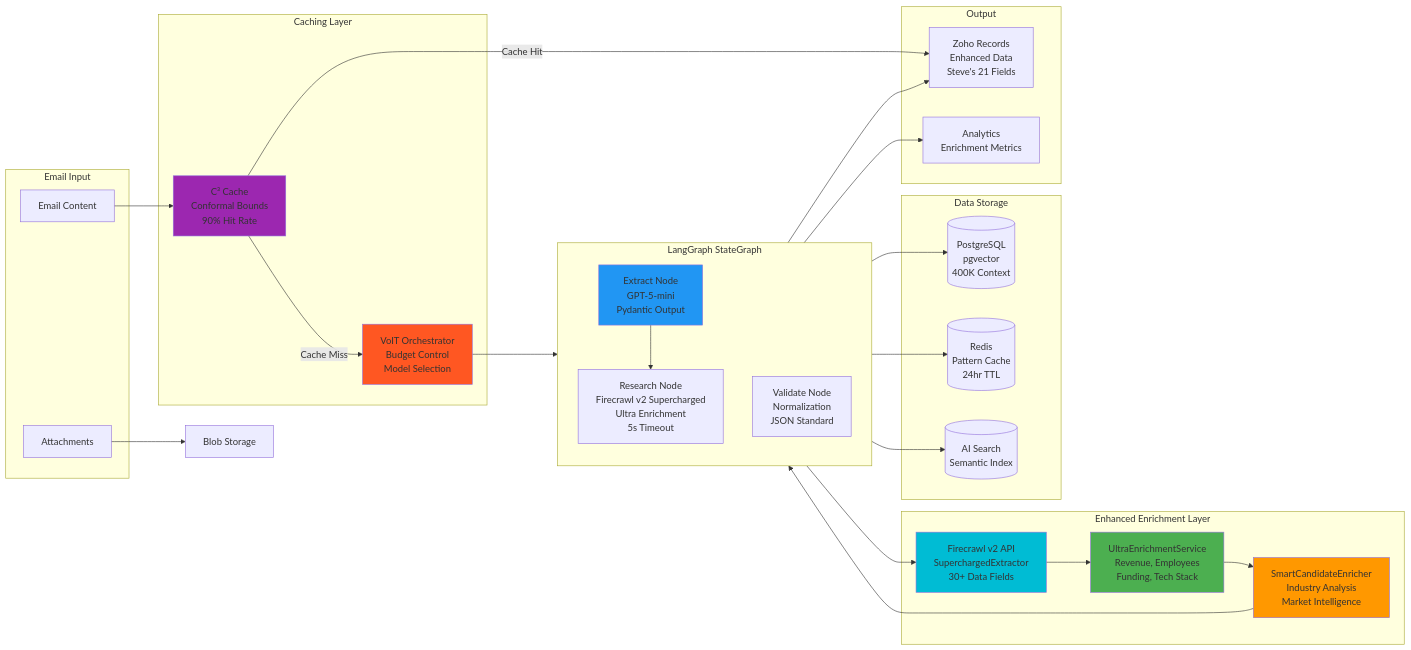
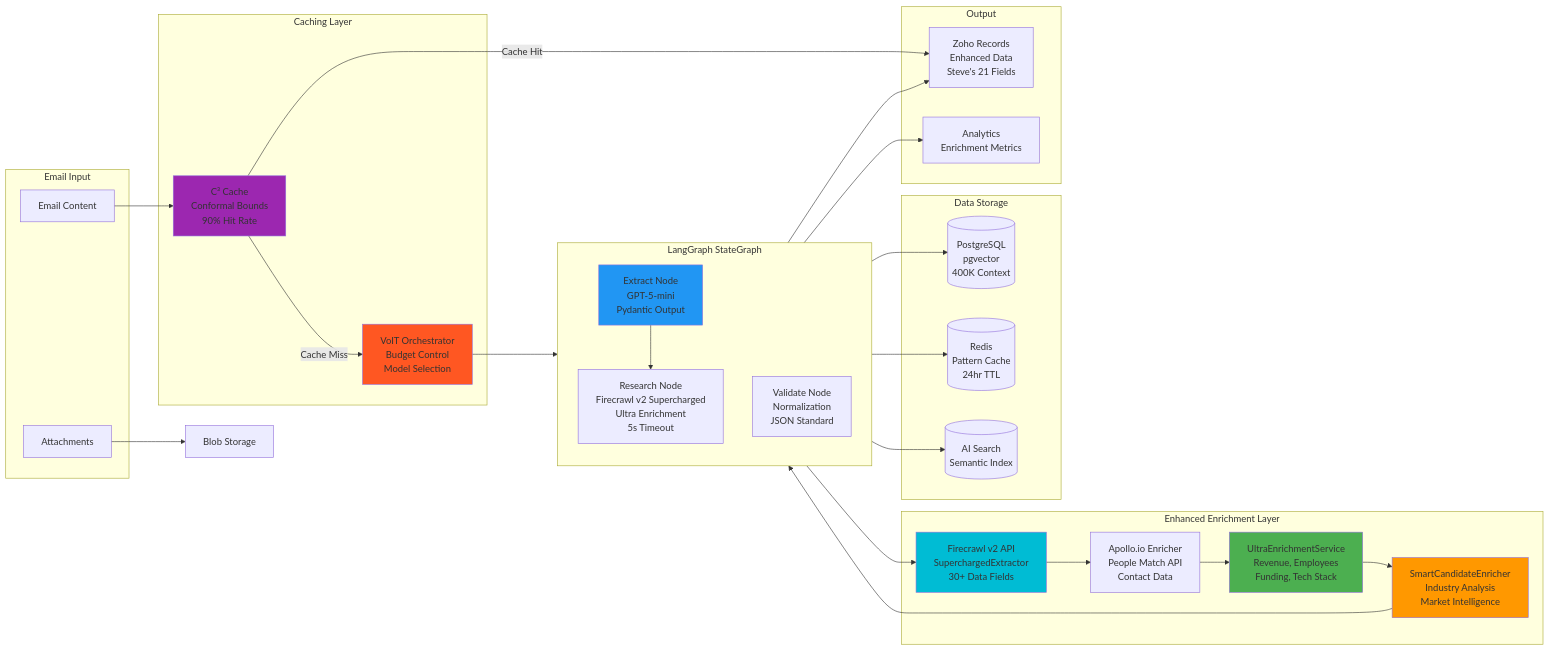
The second of 3 diagrams in README.md (romiteld/ZohoDealCreation), drawn with Mermaid before and after one commit. The commit also changed other lines of this file and 5 other files, not shown here.

First line of the commit message:
feat: Integrate Apollo.io contact enrichment API

````diff
--- a/README.md
+++ b/README.md
@@ -140,59 +143,61 @@
 ```mermaid
 graph LR
     subgraph "Email Input"
         EMAIL[Email Content]
         ATT[Attachments]
     end
 
     subgraph "LangGraph StateGraph"
         direction TB
         EXT[Extract Node<br/>GPT-5-mini<br/>Pydantic Output]
         RES[Research Node<br/>Firecrawl v2 Supercharged<br/>Ultra Enrichment<br/>5s Timeout]
         VAL[Validate Node<br/>Normalization<br/>JSON Standard]
     end
 
     subgraph "Enhanced Enrichment Layer"
         FC2[Firecrawl v2 API<br/>SuperchargedExtractor<br/>30+ Data Fields]
+        APOLLO_ENR[Apollo.io Enricher<br/>People Match API<br/>Contact Data]
         ULTRA[UltraEnrichmentService<br/>Revenue, Employees<br/>Funding, Tech Stack]
         SMART[SmartCandidateEnricher<br/>Industry Analysis<br/>Market Intelligence]
     end
 
     subgraph "Caching Layer"
         C3[C³ Cache<br/>Conformal Bounds<br/>90% Hit Rate]
         VOIT[VoIT Orchestrator<br/>Budget Control<br/>Model Selection]
     end
 
     subgraph "Data Storage"
         PG_DB[(PostgreSQL<br/>pgvector<br/>400K Context)]
         REDIS[(Redis<br/>Pattern Cache<br/>24hr TTL)]
         AZURE_SEARCH[(AI Search<br/>Semantic Index)]
     end
 
     subgraph "Output"
         CRM[Zoho Records<br/>Enhanced Data<br/>Steve's 21 Fields]
         METRICS[Analytics<br/>Enrichment Metrics]
     end
 
     EMAIL --> C3
     C3 -->|Cache Hit| CRM
     C3 -->|Cache Miss| VOIT
     VOIT --> EXT
     ATT --> BLOB[Blob Storage]
     EXT --> RES
     RES --> FC2
-    FC2 --> ULTRA
+    FC2 --> APOLLO_ENR
+    APOLLO_ENR --> ULTRA
     ULTRA --> SMART
     SMART --> VAL
     VAL --> PG_DB
     VAL --> REDIS
     VAL --> AZURE_SEARCH
     VAL --> CRM
     VAL --> METRICS
 
     style C3 fill:#9C27B0
     style VOIT fill:#FF5722
     style EXT fill:#2196F3
     style FC2 fill:#00BCD4
     style ULTRA fill:#4CAF50
     style SMART fill:#FF9800
 ```
````
